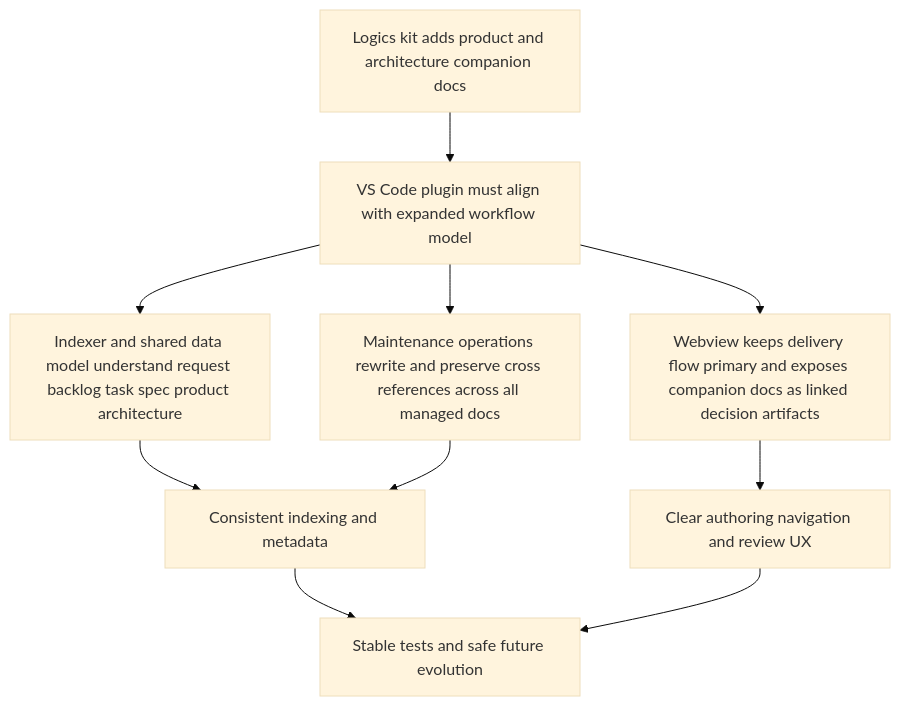
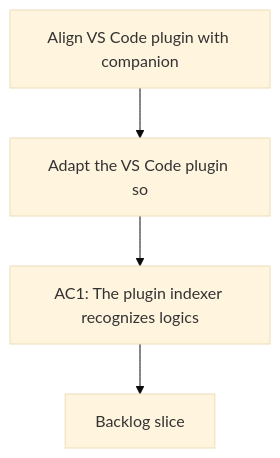
One commit to AlexAgo83/logics-manager changed the diagram in logics/request/req_022_align_vs_code_plugin_with_companion_docs_workflow.md. Above: the diagram before and after it, drawn with Mermaid (base theme). The commit also changed 481 other files, not shown here.

Commit message:
Normalize Logics docs and workflow indicators

````diff
--- a/logics/request/req_022_align_vs_code_plugin_with_companion_docs_workflow.md
+++ b/logics/request/req_022_align_vs_code_plugin_with_companion_docs_workflow.md
@@ -51,13 +51,8 @@
 ```mermaid
+%% logics-kind: request
 %% logics-signature: request|align-vs-code-plugin-with-companion-docs|adapt-the-vs-code-plugin-so|ac1-the-plugin-indexer-recognizes-logics
 flowchart TD
-    A[Logics kit adds product and architecture companion docs] --> B[VS Code plugin must align with expanded workflow model]
-    B --> C[Indexer and shared data model understand request backlog task spec product architecture]
-    B --> D[Maintenance operations rewrite and preserve cross references across all managed docs]
-    B --> E[Webview keeps delivery flow primary and exposes companion docs as linked decision artifacts]
-    C --> F[Consistent indexing and metadata]
-    D --> F
-    E --> G[Clear authoring navigation and review UX]
-    F --> H[Stable tests and safe future evolution]
-    G --> H
+    Trigger[Align VS Code plugin with companion] --> Need[Adapt the VS Code plugin so]
+    Need --> Outcome[AC1: The plugin indexer recognizes logics]
+    Outcome --> Backlog[Backlog slice]
 ```
````
